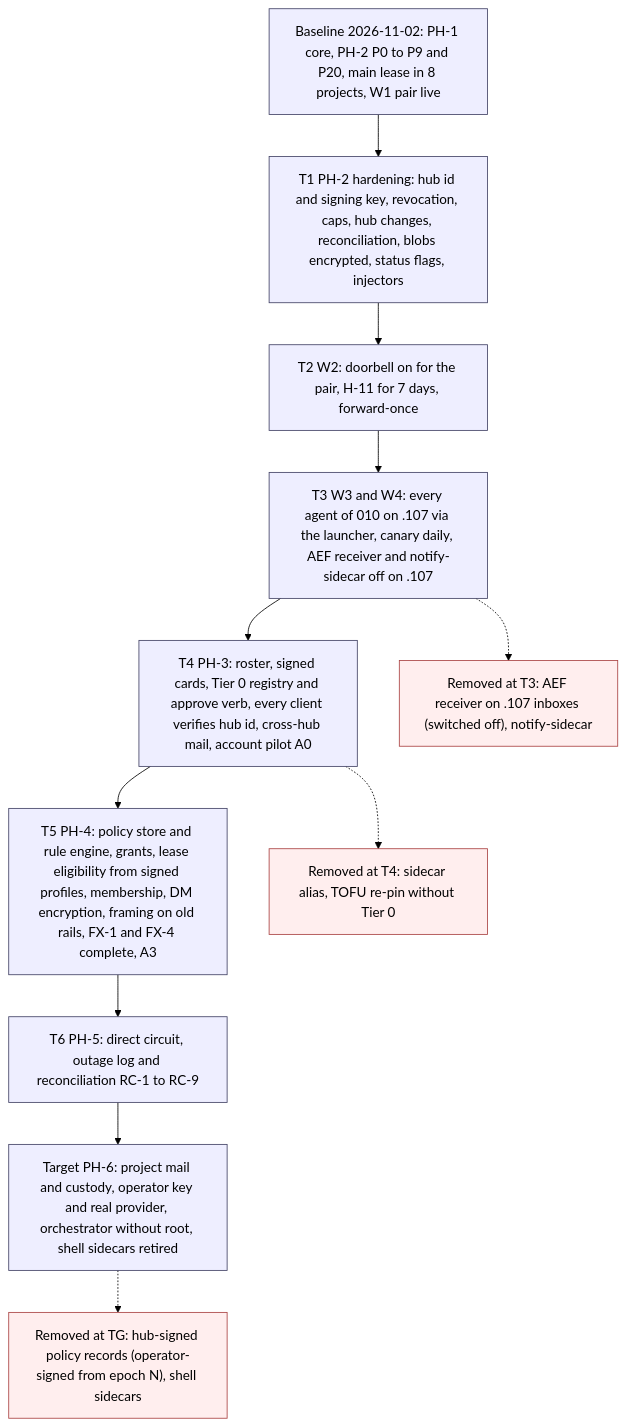
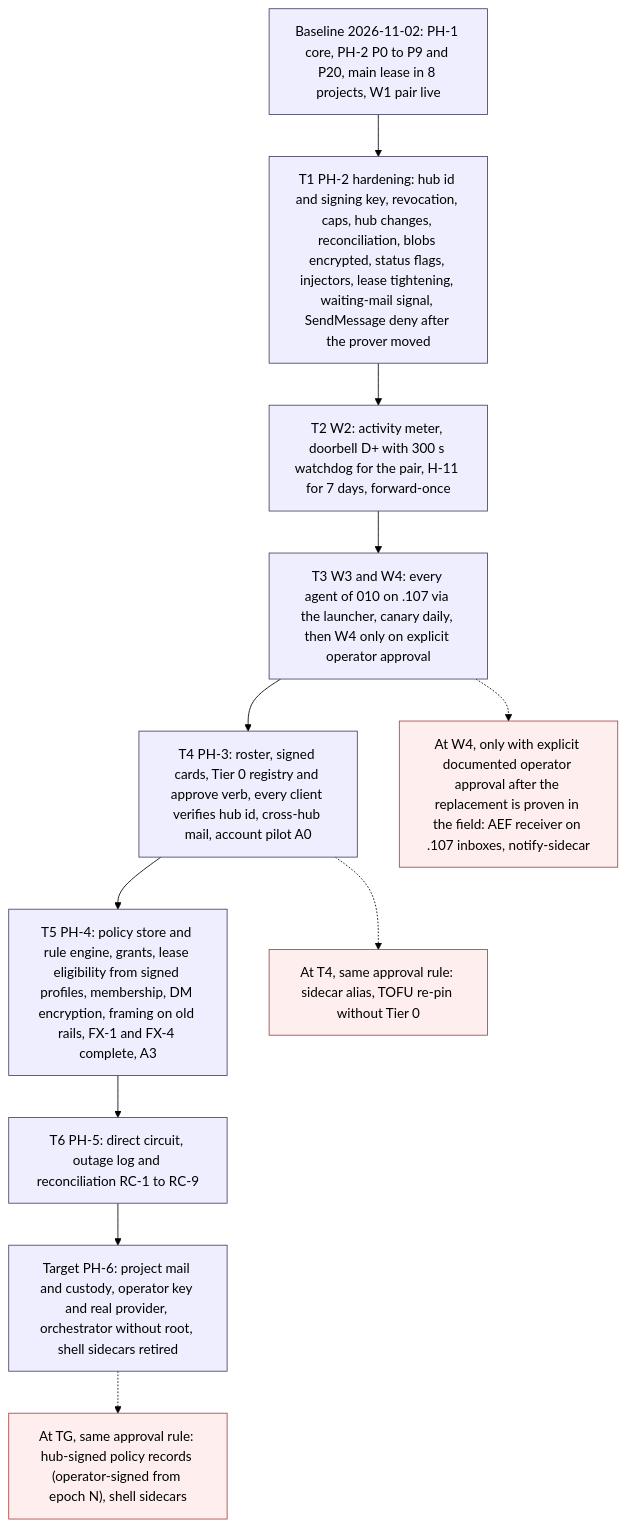
One commit to DimitriGeelen/termlink changed the fifth of 5 diagrams in docs/design/interactive-agent-communication-04-architecture.md. Above: the diagram before and after it, drawn with Mermaid (forest theme). The commit also changed other lines of this file and 3 other files, not shown here.

````diff
--- a/docs/design/interactive-agent-communication-04-architecture.md
+++ b/docs/design/interactive-agent-communication-04-architecture.md
@@ -766,20 +1004,20 @@
 ```mermaid
 flowchart TB
   classDef st fill:#eef,stroke:#446
   classDef rm fill:#fee,stroke:#a44
   B0["Baseline 2026-11-02: PH-1 core, PH-2 P0 to P9 and P20, main lease in 8 projects, W1 pair live"]:::st
-  T1["T1 PH-2 hardening: hub id and signing key, revocation, caps, hub changes, reconciliation, blobs encrypted, status flags, injectors"]:::st
-  T2["T2 W2: doorbell on for the pair, H-11 for 7 days, forward-once"]:::st
-  T3["T3 W3 and W4: every agent of 010 on .107 via the launcher, canary daily, AEF receiver and notify-sidecar off on .107"]:::st
+  T1["T1 PH-2 hardening: hub id and signing key, revocation, caps, hub changes, reconciliation, blobs encrypted, status flags, injectors, lease tightening, waiting-mail signal, SendMessage deny after the prover moved"]:::st
+  T2["T2 W2: activity meter, doorbell D+ with 300 s watchdog for the pair, H-11 for 7 days, forward-once"]:::st
+  T3["T3 W3 and W4: every agent of 010 on .107 via the launcher, canary daily, then W4 only on explicit operator approval"]:::st
   T4["T4 PH-3: roster, signed cards, Tier 0 registry and approve verb, every client verifies hub id, cross-hub mail, account pilot A0"]:::st
   T5["T5 PH-4: policy store and rule engine, grants, lease eligibility from signed profiles, membership, DM encryption, framing on old rails, FX-1 and FX-4 complete, A3"]:::st
   T6["T6 PH-5: direct circuit, outage log and reconciliation RC-1 to RC-9"]:::st
   TG["Target PH-6: project mail and custody, operator key and real provider, orchestrator without root, shell sidecars retired"]:::st
-  R1["Removed at T3: AEF receiver on .107 inboxes (switched off), notify-sidecar"]:::rm
-  R2["Removed at T4: sidecar alias, TOFU re-pin without Tier 0"]:::rm
-  R3["Removed at TG: hub-signed policy records (operator-signed from epoch N), shell sidecars"]:::rm
+  R1["At W4, only with explicit documented operator approval after the replacement is proven in the field: AEF receiver on .107 inboxes, notify-sidecar"]:::rm
+  R2["At T4, same approval rule: sidecar alias, TOFU re-pin without Tier 0"]:::rm
+  R3["At TG, same approval rule: hub-signed policy records (operator-signed from epoch N), shell sidecars"]:::rm
   B0 --> T1 --> T2 --> T3 --> T4 --> T5 --> T6 --> TG
   T3 -.-> R1
   T4 -.-> R2
   TG -.-> R3
 ```
````
